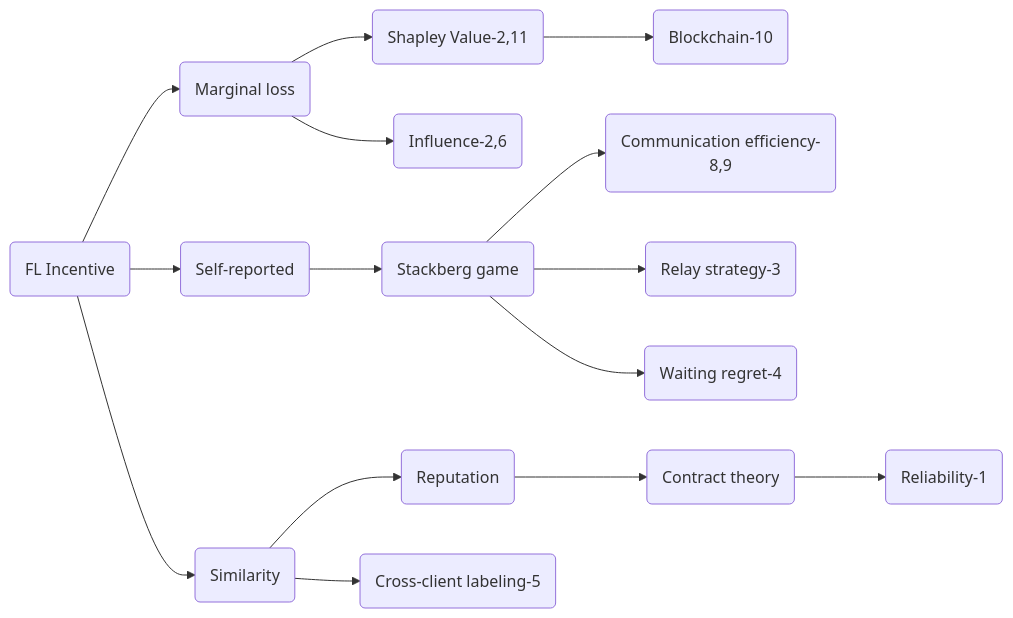
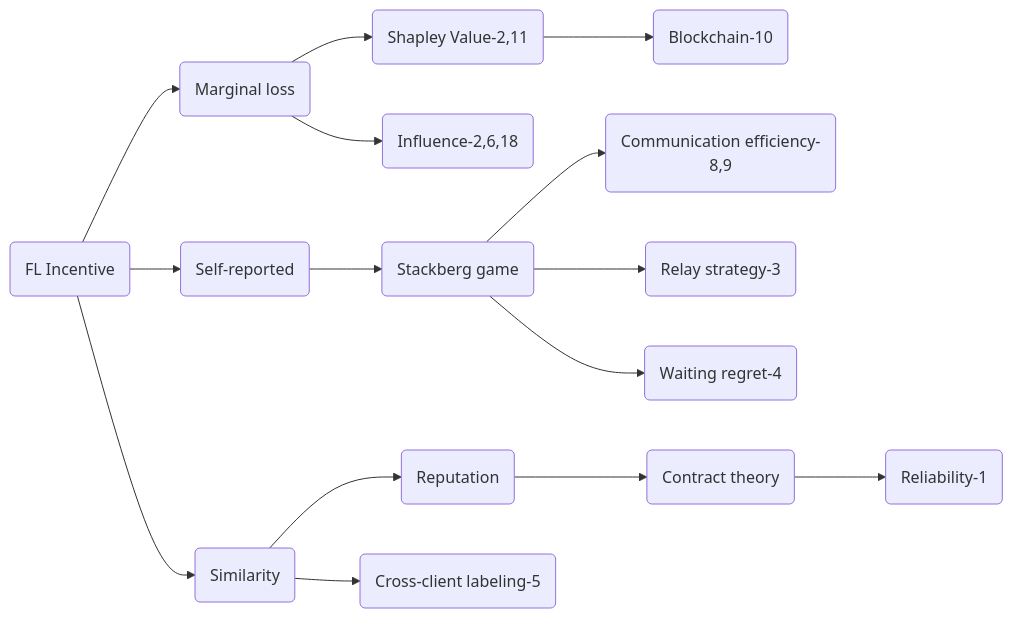
One commit to GillHuang-Xtler/flPapers changed the diagram in incentive.md. Above: the diagram before and after it, drawn with Mermaid. The commit also changed other lines of this file and 4 other files, not shown here.

````diff
--- a/incentive.md
+++ b/incentive.md
@@ -102,17 +110,17 @@
 ```mermaid
 graph LR
 A(FL Incentive)-->B1(Self-reported)
 A-->B2(Marginal loss)
 A-->B3(Similarity)
 B1-->C1(Stackberg game)
-B2-->D1(Influence-2,6)
+B2-->D1(Influence-2,6,18)
 B2-->D2(Shapley Value-2,11)
 D2-->E1(Blockchain-10)
 B3-->F1(Reputation)
 B3-->F2(Cross-client labeling-5)
 C1-->G1(Communication efficiency-8,9)
 C1-->G2(Relay strategy-3)
 C1-->G3(Waiting regret-4)
 F1-->H1(Contract theory)
 H1-->I2(Reliability-1)
 ```
````
